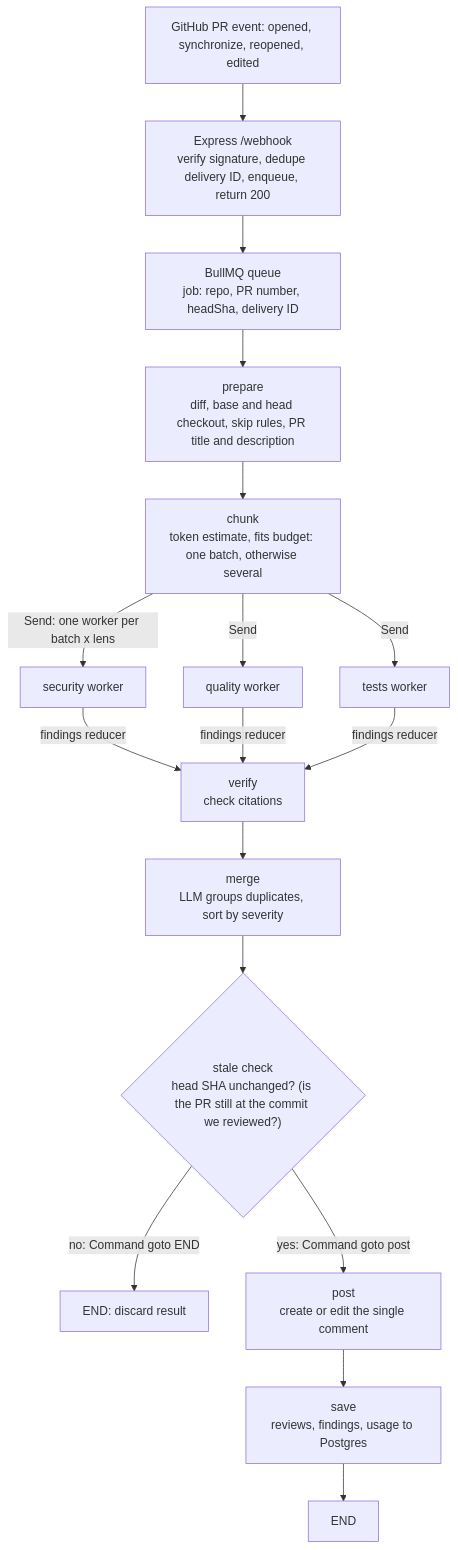
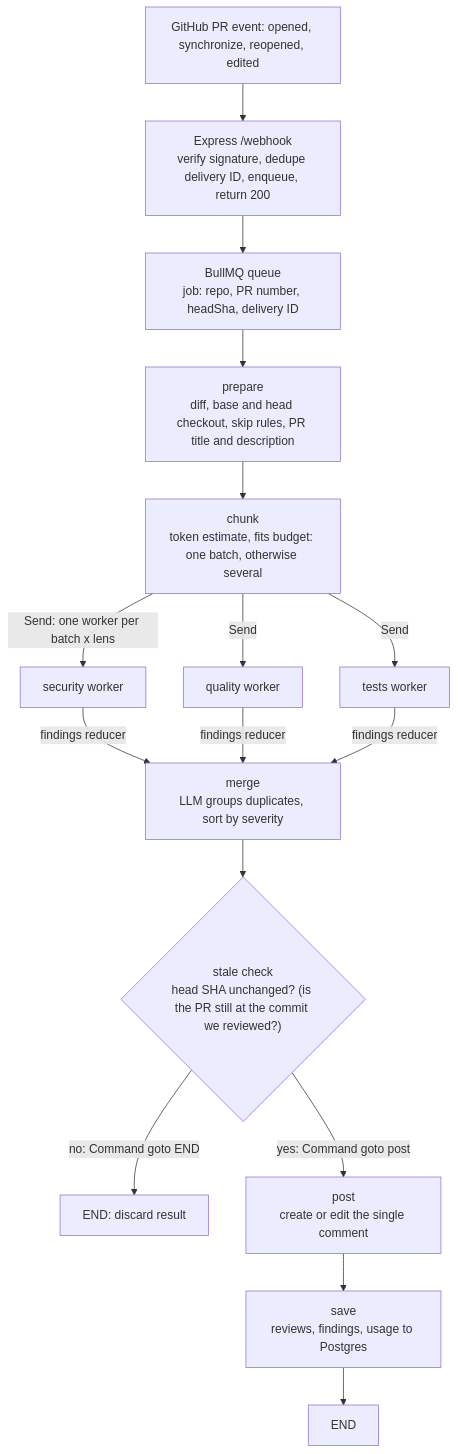
The first of 2 diagrams in Plan.md (d-Bharti001/pr-review-agent), drawn with Mermaid before and after one commit. The commit also changed other lines of this file and 1 other file, not shown here.

````diff
--- a/Plan.md
+++ b/Plan.md
@@ -142,19 +139,18 @@
 ```mermaid
 flowchart TD
     A["GitHub PR event: opened, synchronize, reopened, edited"] --> B["Express /webhook<br/>verify signature, dedupe delivery ID, enqueue, return 200"]
     B --> C["BullMQ queue<br/>job: repo, PR number, headSha, delivery ID"]
     C --> D["prepare<br/>diff, base and head checkout, skip rules, PR title and description"]
     D --> E["chunk<br/>token estimate, fits budget: one batch, otherwise several"]
     E -- "Send: one worker per batch x lens" --> G1["security worker"]
     E -- "Send" --> G2["quality worker"]
     E -- "Send" --> G3["tests worker"]
-    G1 -- "findings reducer" --> H["verify<br/>check citations"]
+    G1 -- "findings reducer" --> H["merge<br/>LLM groups duplicates, sort by severity"]
     G2 -- "findings reducer" --> H
     G3 -- "findings reducer" --> H
-    H --> I["merge<br/>LLM groups duplicates, sort by severity"]
-    I --> J{"stale check<br/>head SHA unchanged? (is the PR still at the commit we reviewed?)"}
-    J -- "no: Command goto END" --> K["END: discard result"]
-    J -- "yes: Command goto post" --> L["post<br/>create or edit the single comment"]
-    L --> M["save<br/>reviews, findings, usage to Postgres"]
-    M --> N["END"]
+    H --> I{"stale check<br/>head SHA unchanged? (is the PR still at the commit we reviewed?)"}
+    I -- "no: Command goto END" --> J["END: discard result"]
+    I -- "yes: Command goto post" --> K["post<br/>create or edit the single comment"]
+    K --> L["save<br/>reviews, findings, usage to Postgres"]
+    L --> M["END"]
 ```
````
